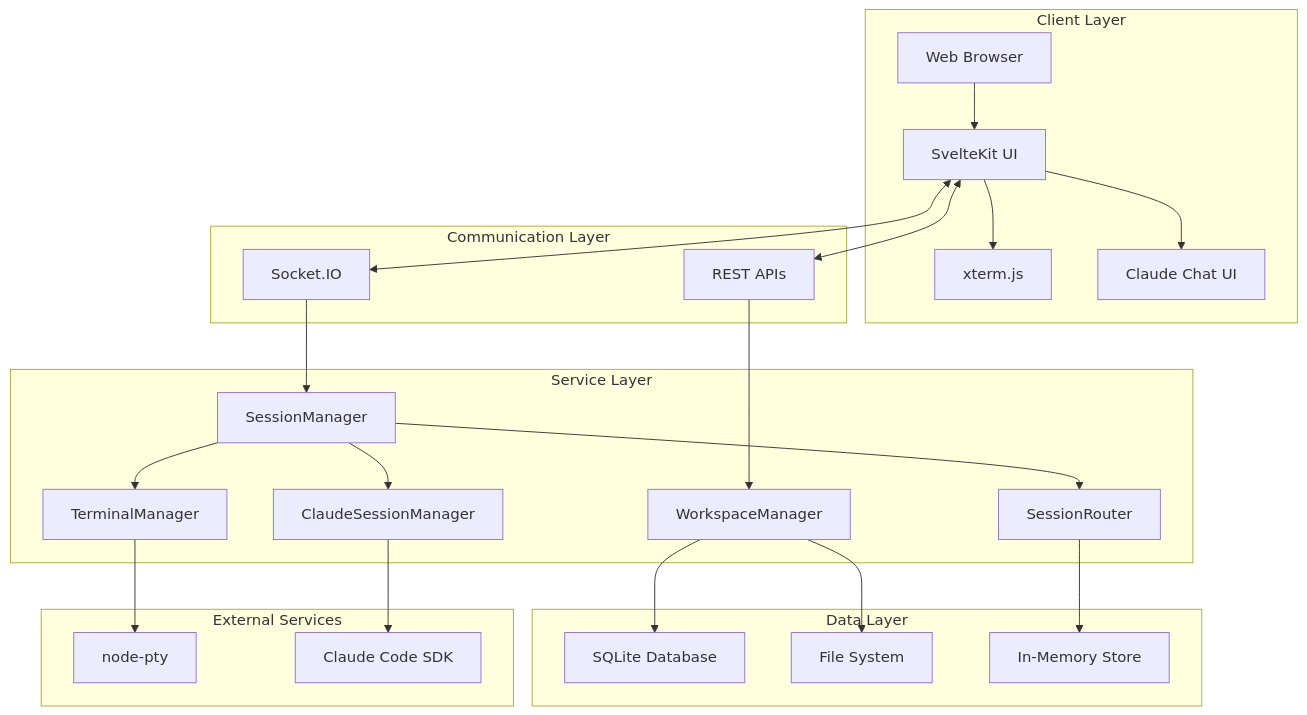
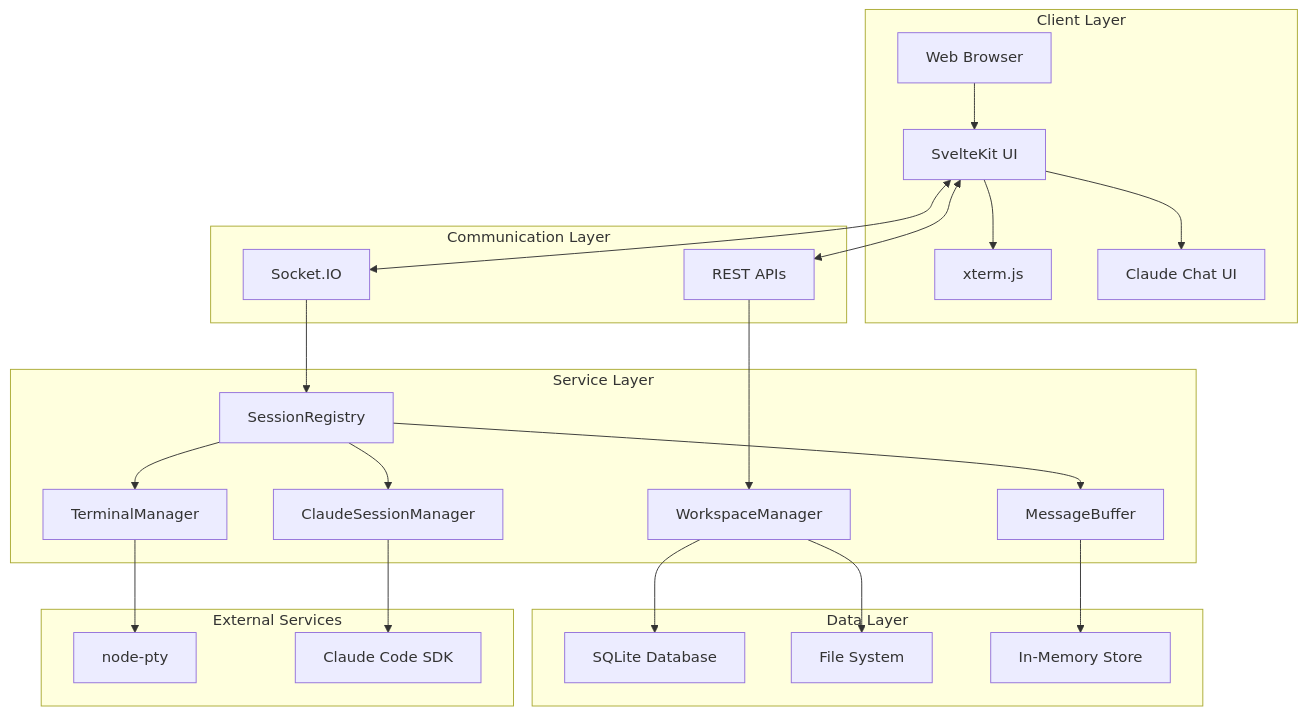
One commit to fwdslsh/dispatch changed the first of 13 diagrams in docs/ARCHITECTURE.md. Above: the diagram before and after it, drawn with Mermaid. The commit also changed other lines of this file and 100 other files, not shown here.

````diff
--- a/docs/ARCHITECTURE.md
+++ b/docs/ARCHITECTURE.md
@@ -34,52 +34,52 @@
 ```mermaid
 graph TB
     subgraph "Client Layer"
         Browser[Web Browser]
         UI[SvelteKit UI]
         Terminal[xterm.js]
         Claude[Claude Chat UI]
     end
 
     subgraph "Communication Layer"
         SocketIO[Socket.IO]
         REST[REST APIs]
     end
 
     subgraph "Service Layer"
-        SM[SessionManager]
-        SR[SessionRouter]
+        SR[SessionRegistry]
+        MB[MessageBuffer]
         WM[WorkspaceManager]
         TM[TerminalManager]
         CM[ClaudeSessionManager]
     end
 
     subgraph "Data Layer"
         SQLite[SQLite Database]
         FS[File System]
         Memory[In-Memory Store]
     end
 
     subgraph "External Services"
         PTY[node-pty]
         ClaudeAPI[Claude Code SDK]
     end
 
     Browser --> UI
     UI --> Terminal
     UI --> Claude
     UI <--> SocketIO
     UI <--> REST
 
-    SocketIO --> SM
+    SocketIO --> SR
     REST --> WM
 
-    SM --> SR
-    SM --> TM
-    SM --> CM
-    SR --> Memory
+    SR --> MB
+    SR --> TM
+    SR --> CM
+    MB --> Memory
     WM --> SQLite
     WM --> FS
 
     TM --> PTY
     CM --> ClaudeAPI
 ```
````
